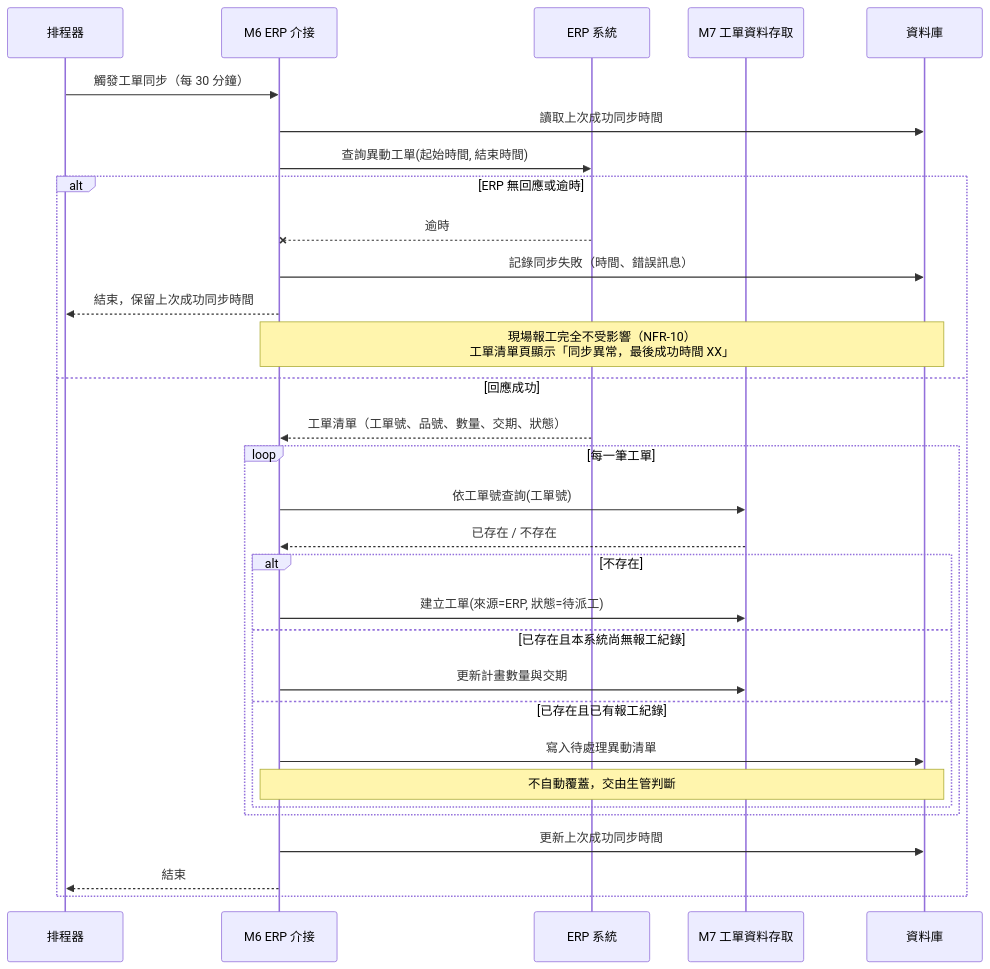
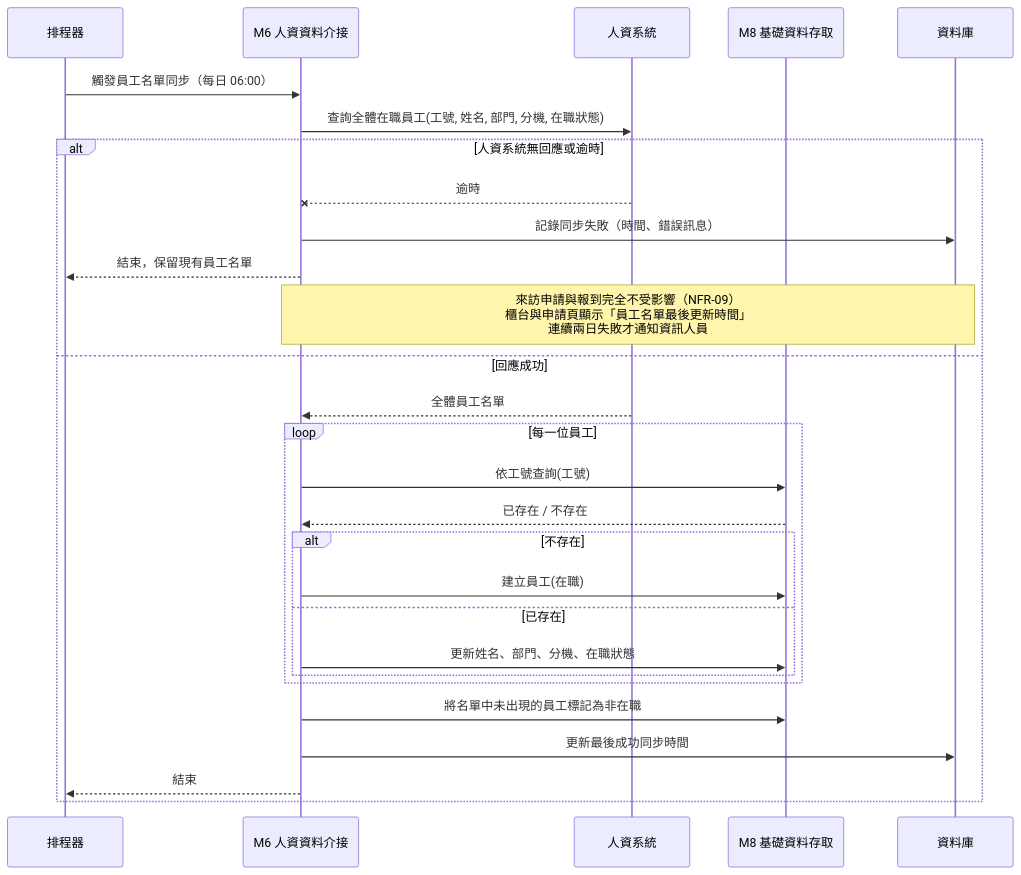
Before and after one commit to billy1125/system-analysis-and-design: the fifth of 9 diagrams in 03-example-reports/Design-Phase-Deliverables.md, drawn with Mermaid. The commit also changed other lines of this file and 30 other files, not shown here.

````diff
--- a/03-example-reports/Design-Phase-Deliverables.md
+++ b/03-example-reports/Design-Phase-Deliverables.md
@@ -692,35 +681,32 @@
 ```mermaid
 sequenceDiagram
     participant S as 排程器
-    participant M6 as M6 ERP 介接
-    participant ERP as ERP 系統
-    participant M7 as M7 工單資料存取
+    participant M6 as M6 人資資料介接
+    participant HR as 人資系統
+    participant M8 as M8 基礎資料存取
     participant DB as 資料庫
 
-    S->>M6: 觸發工單同步（每 30 分鐘）
-    M6->>DB: 讀取上次成功同步時間
-    M6->>ERP: 查詢異動工單(起始時間, 結束時間)
+    S->>M6: 觸發員工名單同步（每日 06:00）
+    M6->>HR: 查詢全體在職員工(工號, 姓名, 部門, 分機, 在職狀態)
 
-    alt ERP 無回應或逾時
-        ERP--xM6: 逾時
+    alt 人資系統無回應或逾時
+        HR--xM6: 逾時
         M6->>DB: 記錄同步失敗（時間、錯誤訊息）
-        M6-->>S: 結束，保留上次成功同步時間
-        Note over M6,DB: 現場報工完全不受影響（NFR-10）<br/>工單清單頁顯示「同步異常，最後成功時間 XX」
+        M6-->>S: 結束，保留現有員工名單
+        Note over M6,DB: 來訪申請與報到完全不受影響（NFR-09）<br/>櫃台與申請頁顯示「員工名單最後更新時間」<br/>連續兩日失敗才通知資訊人員
     else 回應成功
-        ERP-->>M6: 工單清單（工單號、品號、數量、交期、狀態）
-        loop 每一筆工單
-            M6->>M7: 依工單號查詢(工單號)
-            M7-->>M6: 已存在 / 不存在
+        HR-->>M6: 全體員工名單
+        loop 每一位員工
+            M6->>M8: 依工號查詢(工號)
+            M8-->>M6: 已存在 / 不存在
             alt 不存在
-                M6->>M7: 建立工單(來源=ERP, 狀態=待派工)
-            else 已存在且本系統尚無報工紀錄
-                M6->>M7: 更新計畫數量與交期
-            else 已存在且已有報工紀錄
-                M6->>DB: 寫入待處理異動清單
-                Note over M6,DB: 不自動覆蓋，交由生管判斷
+                M6->>M8: 建立員工(在職)
+            else 已存在
+                M6->>M8: 更新姓名、部門、分機、在職狀態
             end
         end
-        M6->>DB: 更新上次成功同步時間
+        M6->>M8: 將名單中未出現的員工標記為非在職
+        M6->>DB: 更新最後成功同步時間
         M6-->>S: 結束
     end
 ```
````
